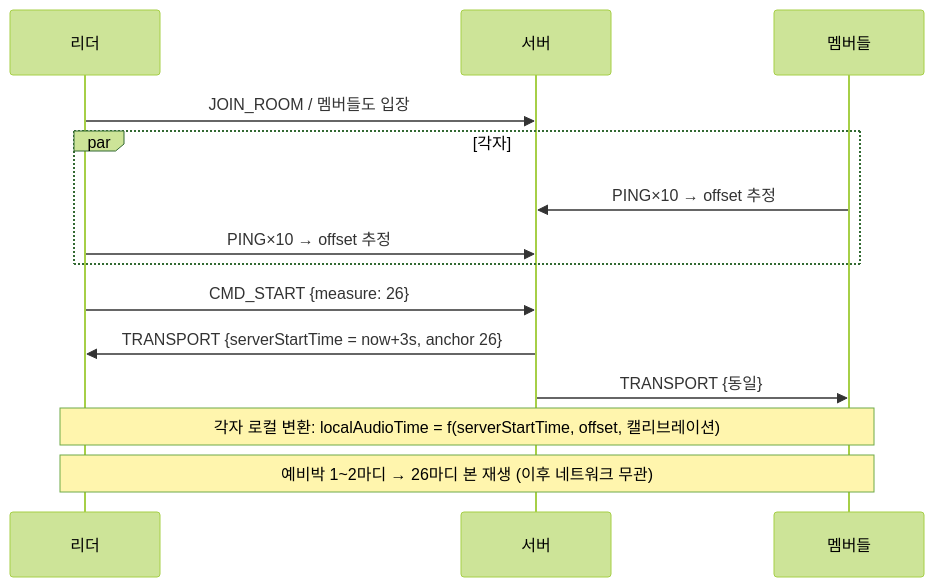
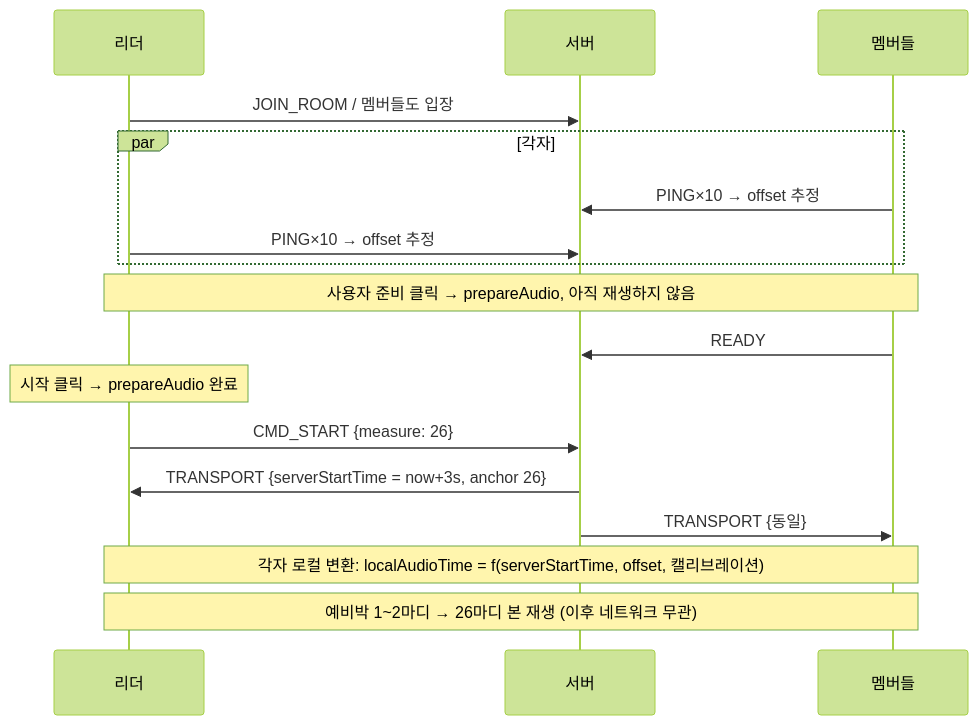
One commit to facio313/FeelMyRythm changed the second of 3 diagrams in docs/DESIGN.md. Above: the diagram before and after it, drawn with Mermaid (forest theme). The commit also changed other lines of this file and 37 other files, not shown here.

````diff
--- a/docs/DESIGN.md
+++ b/docs/DESIGN.md
@@ -355,16 +366,19 @@
 ```mermaid
 sequenceDiagram
     participant L as 리더
     participant S as 서버
     participant M as 멤버들
     L->>S: JOIN_ROOM / 멤버들도 입장
     par 각자
         M->>S: PING×10 → offset 추정
         L->>S: PING×10 → offset 추정
     end
+    Note over L,M: 사용자 준비 클릭 → prepareAudio, 아직 재생하지 않음
+    M->>S: READY
+    Note over L: 시작 클릭 → prepareAudio 완료
     L->>S: CMD_START {measure: 26}
     S->>L: TRANSPORT {serverStartTime = now+3s, anchor 26}
     S->>M: TRANSPORT {동일}
     Note over L,M: 각자 로컬 변환: localAudioTime = f(serverStartTime, offset, 캘리브레이션)
     Note over L,M: 예비박 1~2마디 → 26마디 본 재생 (이후 네트워크 무관)
 ```
````
